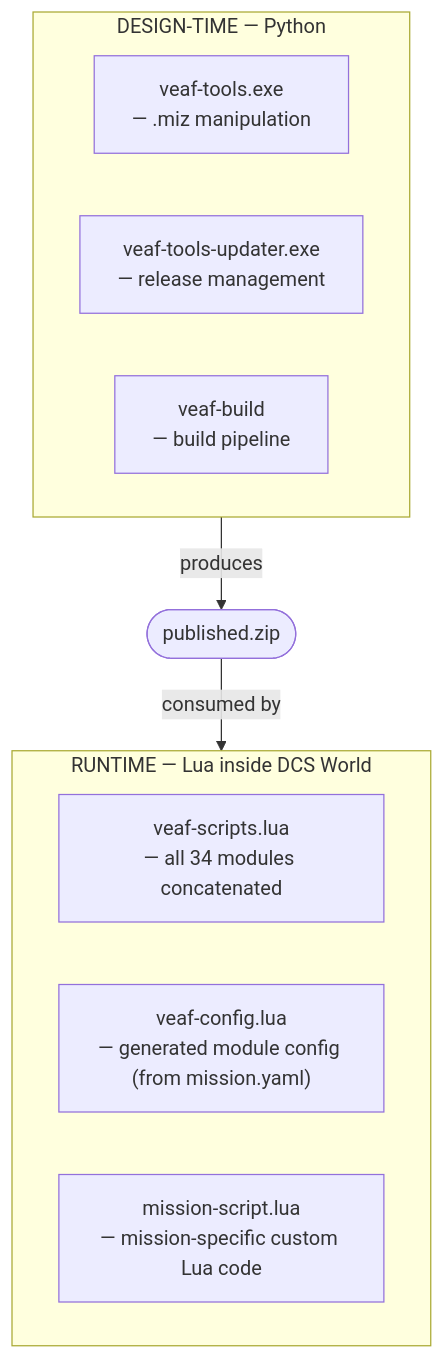
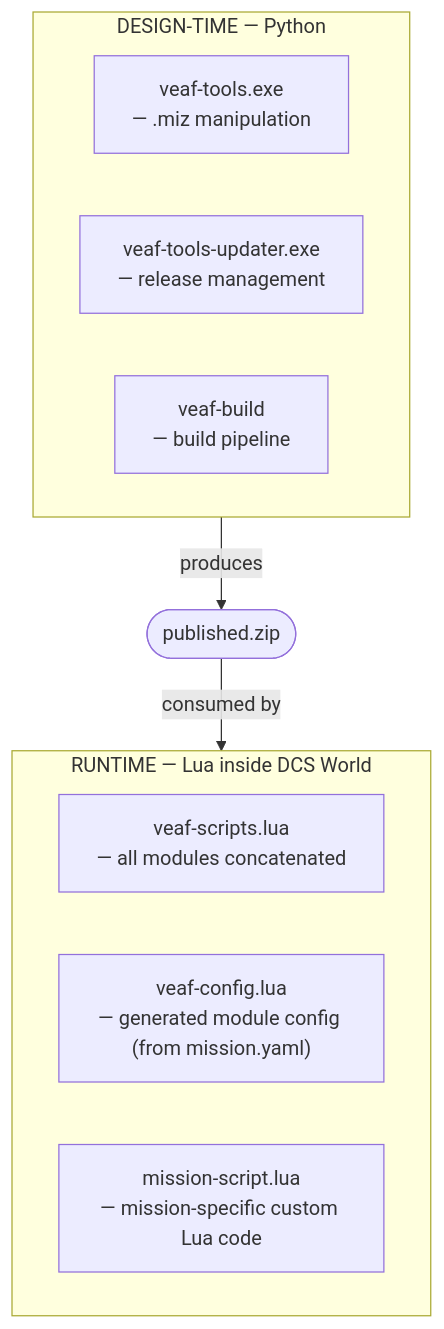
Before and after one commit to VEAF/VEAF-Mission-Creation-Tools: the diagram in doc/developer/GUIDE.en.md, drawn with Mermaid. The commit also changed other lines of this file and 61 other files, not shown here.

````diff
--- a/doc/developer/GUIDE.en.md
+++ b/doc/developer/GUIDE.en.md
@@ -27,15 +27,15 @@
 ```mermaid
 flowchart TD
     subgraph DT["DESIGN-TIME — Python"]
         tools["veaf-tools.exe<br/>— .miz manipulation"]
         updater["veaf-tools-updater.exe<br/>— release management"]
         build["veaf-build<br/>— build pipeline"]
     end
     DT -->|produces| zip(["published.zip"])
     zip -->|consumed by| RT
     subgraph RT["RUNTIME — Lua inside DCS World"]
-        scripts["veaf-scripts.lua<br/>— all 34 modules concatenated"]
+        scripts["veaf-scripts.lua<br/>— all modules concatenated"]
         config["veaf-config.lua<br/>— generated module config (from mission.yaml)"]
         custom["mission-script.lua<br/>— mission-specific custom Lua code"]
     end
 ```
````
